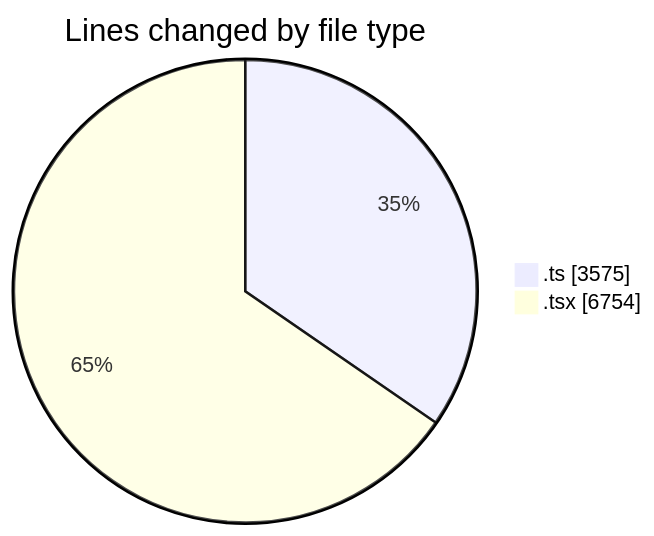
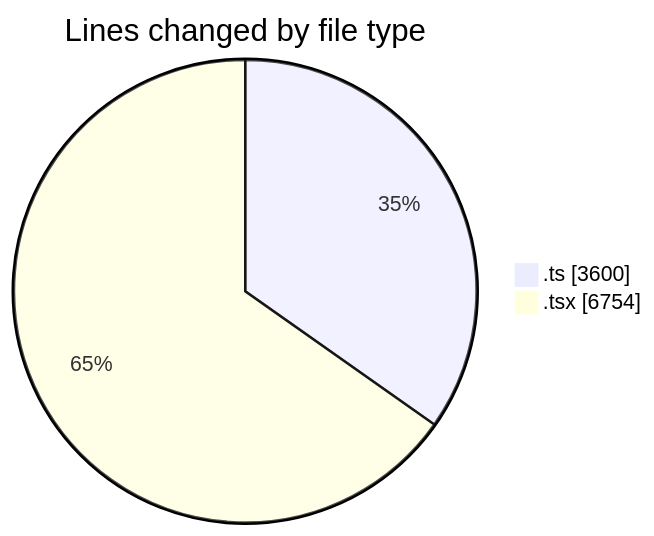
Before and after one commit to momahboobian/code-tracking: the first of 2 diagrams in 2025-07-01/cda/README.md, drawn with Mermaid. The commit also changed other lines of this file and 1 other file, not shown here.

````diff
--- a/2025-07-01/cda/README.md
+++ b/2025-07-01/cda/README.md
@@ -46,6 +46,6 @@
 ```mermaid
 pie showData
 title Lines changed by file type
-".ts" : 3575
+".ts" : 3600
 ".tsx" : 6754
 ```
````
